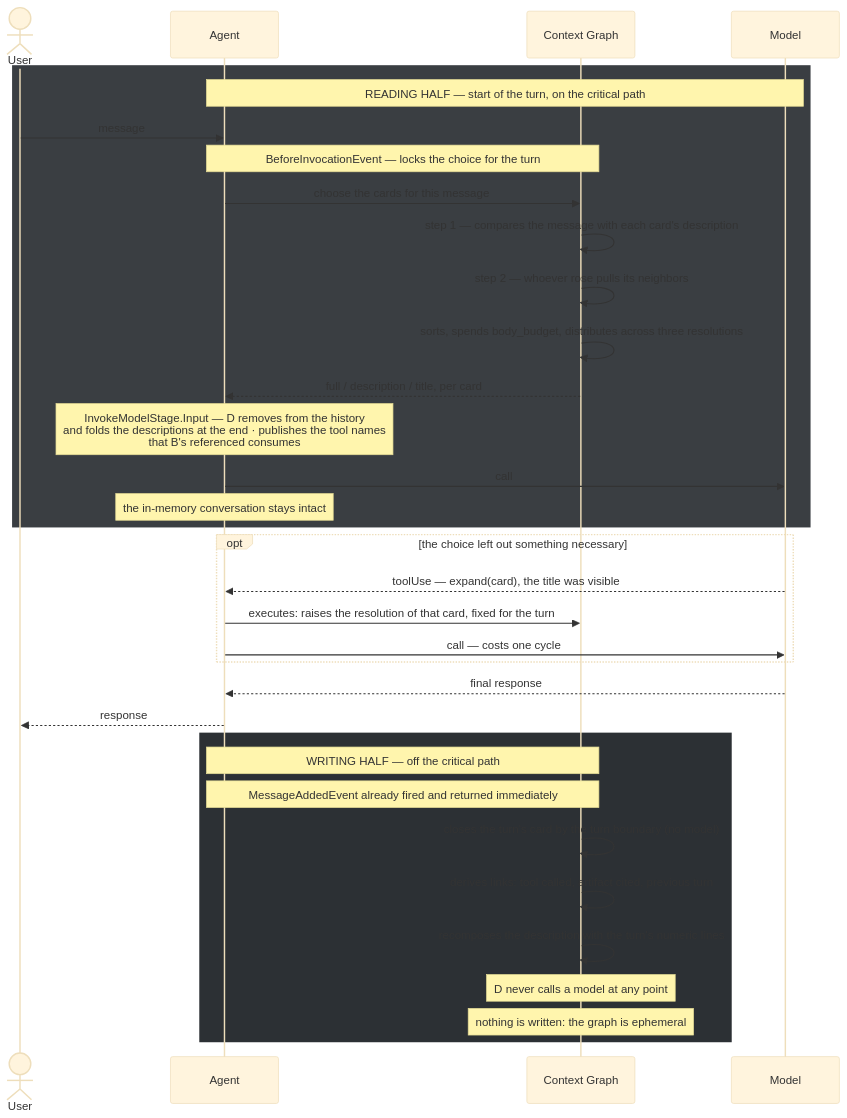
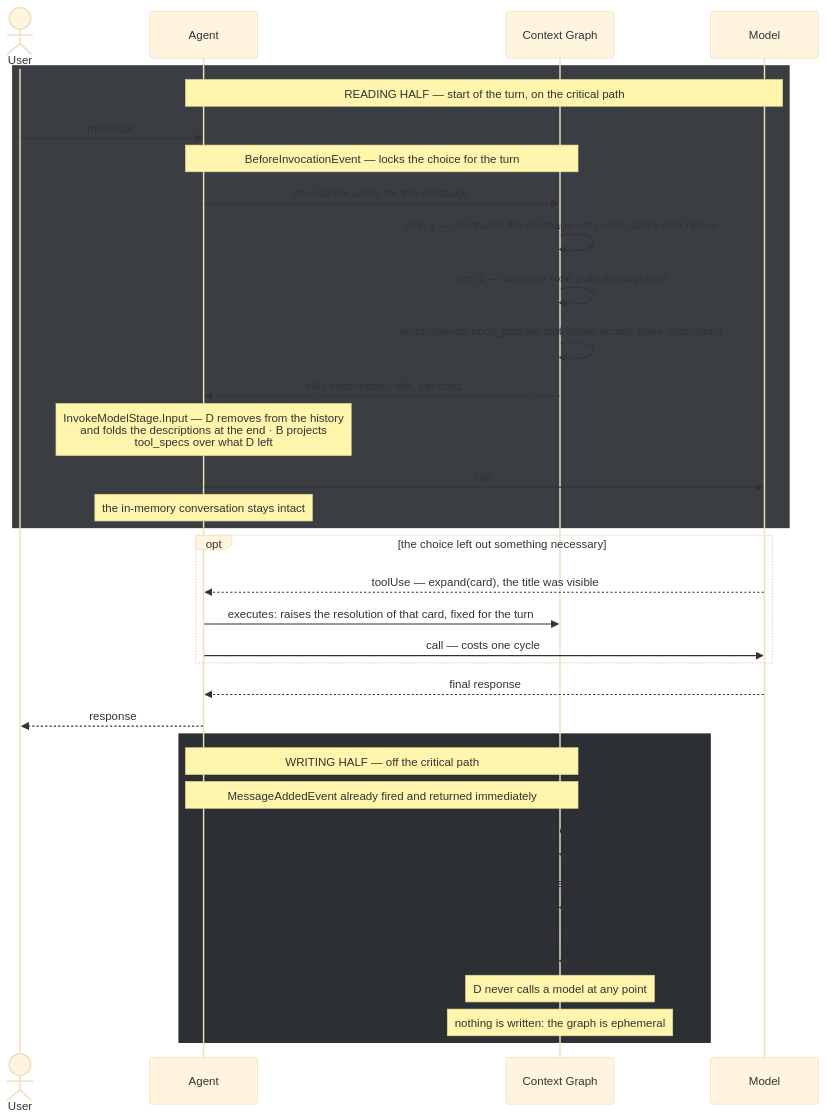
One commit to aws-samples/sample-context-engineering changed the first of 2 diagrams in docs/design/design-d-context-graph.md. Above: the diagram before and after it, drawn with Mermaid (base theme). The commit also changed other lines of this file and 11 other files, not shown here.

First line of the commit message:
docs: bring design, sequence and how-to docs to the current code

````diff
--- a/docs/design/design-d-context-graph.md
+++ b/docs/design/design-d-context-graph.md
@@ -621,40 +624,40 @@
 ```mermaid
 sequenceDiagram
     actor U as User
     participant AG as Agent
     participant G as Context Graph
     participant M as Model
 
     rect rgb(58, 62, 66)
     Note over AG,M: READING HALF — start of the turn, on the critical path
     U->>AG: message
     Note over AG,G: BeforeInvocationEvent — locks the choice for the turn
     AG->>G: choose the cards for this message
     G->>G: step 1 — compares the message with each card's description
     G->>G: step 2 — whoever rose pulls its neighbors
     G->>G: sorts, spends body_budget, distributes across three resolutions
     G-->>AG: full / description / title, per card
-    Note over AG: InvokeModelStage.Input — D removes from the history<br/>and folds the descriptions at the end · publishes the tool names<br/>that B's referenced consumes
+    Note over AG: InvokeModelStage.Input — D removes from the history<br/>and folds the descriptions at the end · B projects<br/>tool_specs over what D left
     AG->>M: call
     Note over AG: the in-memory conversation stays intact
     end
 
     opt the choice left out something necessary
         M-->>AG: toolUse — expand(card), the title was visible
         AG->>G: executes: raises the resolution of that card, fixed for the turn
         AG->>M: call — costs one cycle
     end
 
     M-->>AG: final response
     AG-->>U: response
 
     rect rgb(44, 48, 52)
     Note over AG,G: WRITING HALF — off the critical path
     Note over AG,G: MessageAddedEvent already fired and returned immediately
     G->>G: closes the turn's card by the turn boundary (no model)
     G->>G: derives links: tool called, artifact cited, previous turn
     G->>G: recomposes the description with the turn's numeric lines
     Note over G: D never calls a model at any point
     Note over G: nothing is written: the graph is ephemeral
     end
 ```
````
